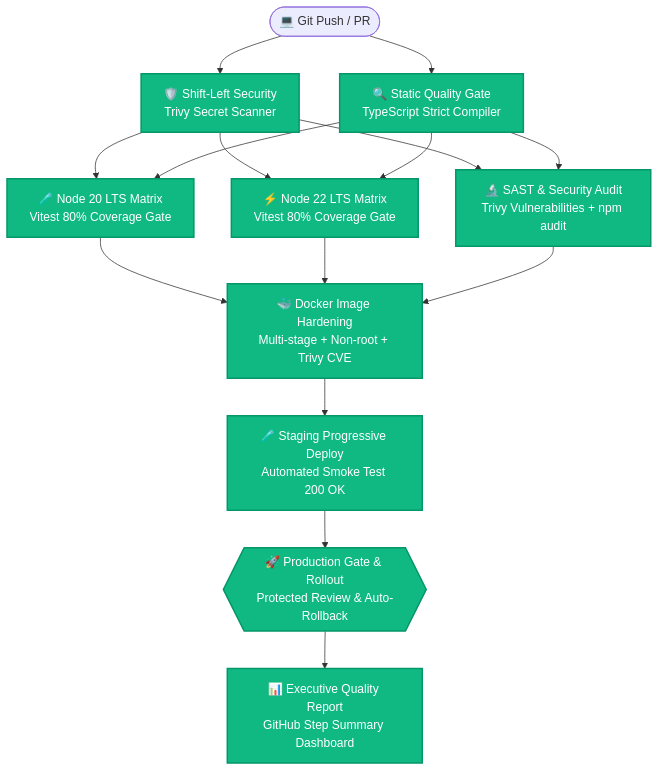
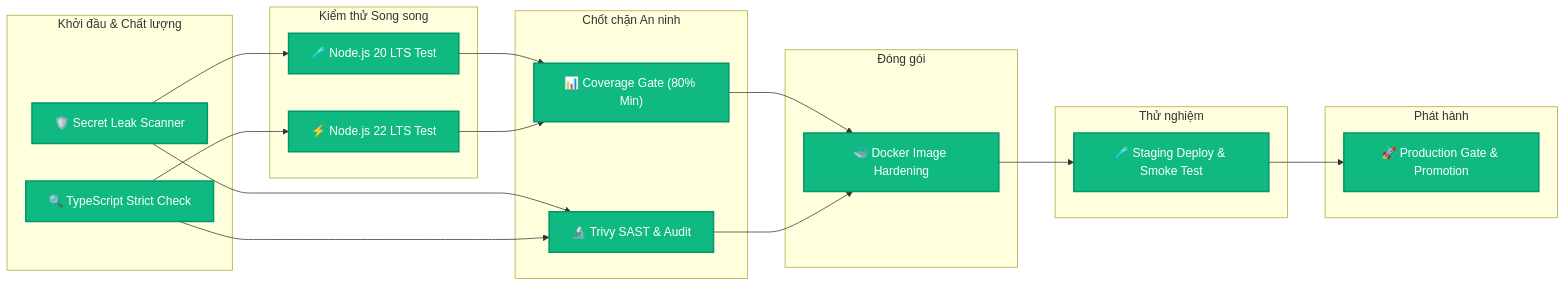
One commit to Ma1910/test-cicd changed the diagram in README.md. Above: the diagram before and after it, drawn with Mermaid. The commit also changed other lines of this file and 1 other file, not shown here.

Commit message:
feat(ci): unroll matrix into separate nodes so GitHub Actions DAG matches pipeline_flowchart 1:1

````diff
--- a/README.md
+++ b/README.md
@@ -39,27 +39,46 @@
 ```mermaid
-graph TD
-    Dev([💻 Git Push / PR]) --> SecScan["🛡️ Shift-Left Security<br/>Trivy Secret Scanner"]
-    Dev --> Quality["🔍 Static Quality Gate<br/>TypeScript Strict Compiler"]
+graph LR
+    subgraph Col1 ["Khởi đầu & Chất lượng"]
+        SecScan["🛡️ Secret Leak Scanner"]
+        TypeCheck["🔍 TypeScript Strict Check"]
+    end
 
-    SecScan --> Matrix20["🧪 Node 20 LTS Matrix<br/>Vitest 80% Coverage Gate"]
-    Quality --> Matrix20
+    subgraph Col2 ["Kiểm thử Song song"]
+        Node20["🧪 Node.js 20 LTS Test"]
+        Node22["⚡ Node.js 22 LTS Test"]
+    end
 
-    SecScan --> Matrix22["⚡ Node 22 LTS Matrix<br/>Vitest 80% Coverage Gate"]
-    Quality --> Matrix22
+    subgraph Col3 ["Chốt chặn An ninh"]
+        CovGate["📊 Coverage Gate (80% Min)"]
+        SAST["🔬 Trivy SAST & Audit"]
+    end
 
-    SecScan --> SAST["🔬 SAST & Security Audit<br/>Trivy Vulnerabilities + npm audit"]
-    Quality --> SAST
+    subgraph Col4 ["Đóng gói"]
+        Docker["🐳 Docker Image Hardening"]
+    end
 
-    Matrix20 --> Docker["🐳 Docker Image Hardening<br/>Multi-stage + Non-root + Trivy CVE"]
-    Matrix22 --> Docker
+    subgraph Col5 ["Thử nghiệm"]
+        Staging["🧪 Staging Deploy & Smoke Test"]
+    end
+
+    subgraph Col6 ["Phát hành"]
+        Prod["🚀 Production Gate & Promotion"]
+    end
+
+    SecScan --> Node20
+    TypeCheck --> Node22
+    SecScan --> SAST
+    TypeCheck --> SAST
+
+    Node20 --> CovGate
+    Node22 --> CovGate
+
+    CovGate --> Docker
     SAST --> Docker
 
-    Docker --> Staging["🧪 Staging Progressive Deploy<br/>Automated Smoke Test 200 OK"]
-
-    Staging --> ProdGate{{"🚀 Production Gate & Rollout<br/>Protected Review & Auto-Rollback"}}
-
-    ProdGate --> Summary["📊 Executive Quality Report<br/>GitHub Step Summary Dashboard"]
+    Docker --> Staging
+    Staging --> Prod
 
     classDef success fill:#10b981,stroke:#059669,stroke-width:2px,color:#fff;
-    class SecScan,Quality,Matrix20,Matrix22,SAST,Docker,Staging,ProdGate,Summary success;
+    class SecScan,TypeCheck,Node20,Node22,CovGate,SAST,Docker,Staging,Prod success;
 ```
````
